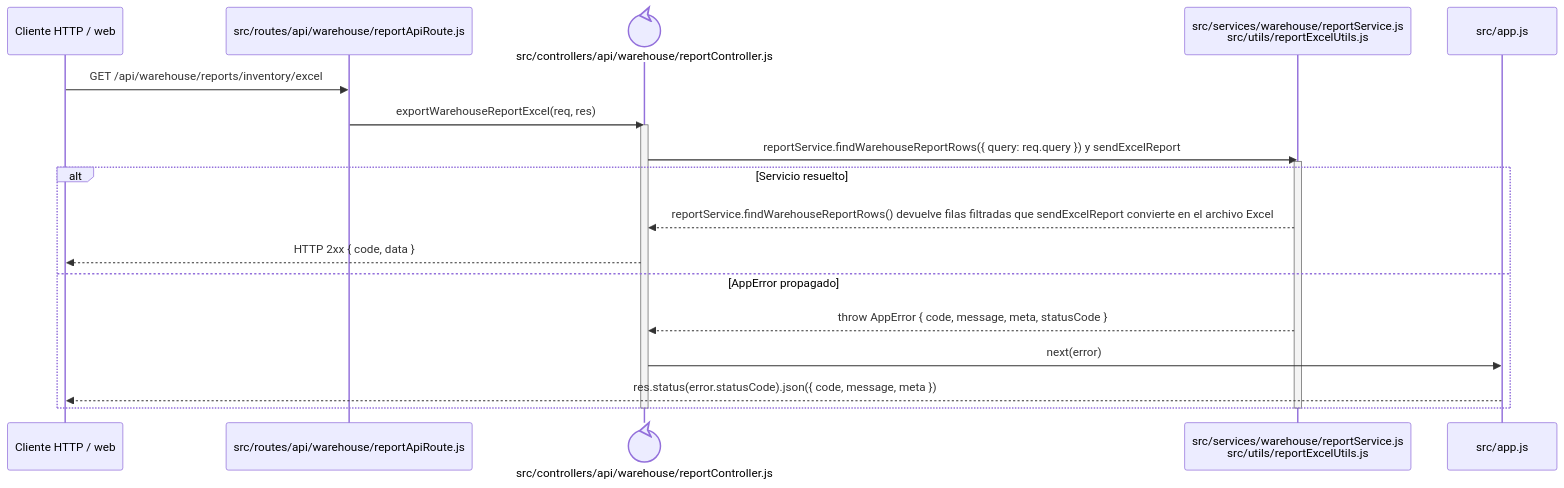
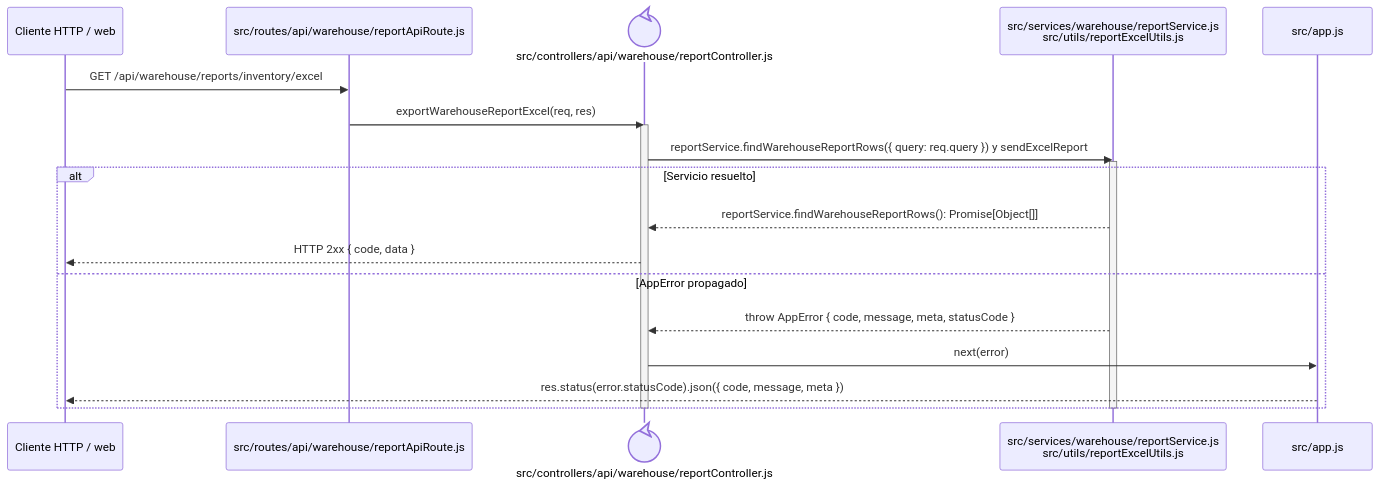
One commit to gpgsistemas01/nexus changed the diagram in docs/architecture/backend-code-sequences/catalogs/cu-alm-06.md. Above: the diagram before and after it, drawn with Mermaid. The commit also changed 146 other files, not shown here.

````diff
--- a/docs/architecture/backend-code-sequences/catalogs/cu-alm-06.md
+++ b/docs/architecture/backend-code-sequences/catalogs/cu-alm-06.md
@@ -6,24 +6,24 @@
 ```mermaid
 sequenceDiagram
     participant Client as Cliente HTTP / web
     participant Route as src/routes/api/warehouse/reportApiRoute.js
     participant Controller@{ "type": "control" } as src/controllers/api/warehouse/reportController.js
     participant Domain as src/services/warehouse/reportService.js<br/>src/utils/reportExcelUtils.js
     participant ErrorHandler as src/app.js
 
     Client->>Route: GET /api/warehouse/reports/inventory/excel
     Route->>Controller: exportWarehouseReportExcel(req, res)
     activate Controller
     Controller->>Domain: reportService.findWarehouseReportRows({ query: req.query }) y sendExcelReport
     activate Domain
     alt Servicio resuelto
-        Domain-->>Controller: reportService.findWarehouseReportRows() devuelve filas filtradas que sendExcelReport convierte en el archivo Excel
+        Domain-->>Controller: reportService.findWarehouseReportRows(): Promise[Object[]]
         Controller-->>Client: HTTP 2xx { code, data }
     else AppError propagado
         Domain-->>Controller: throw AppError { code, message, meta, statusCode }
         Controller->>ErrorHandler: next(error)
         ErrorHandler-->>Client: res.status(error.statusCode).json({ code, message, meta })
     end
     deactivate Domain
     deactivate Controller
 ```
````
